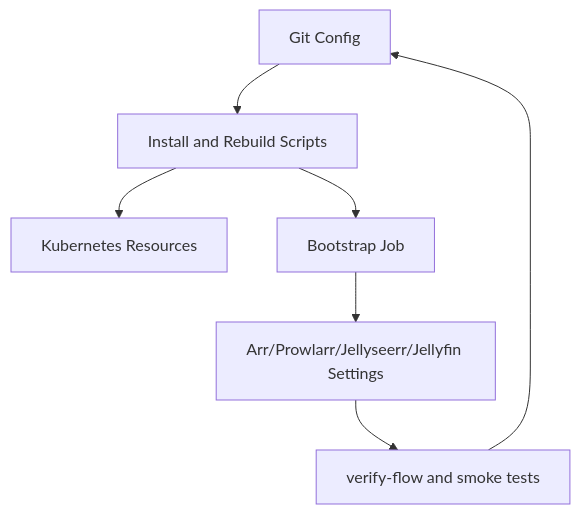
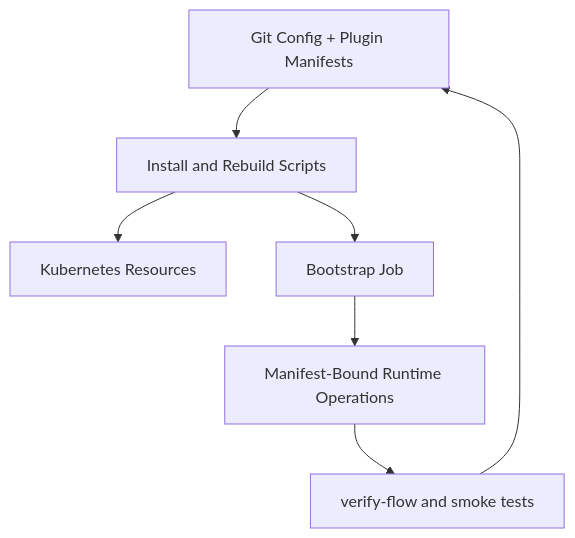
The third of 3 diagrams in docs/architecture.md (mploschiavo/mediaserver), drawn with Mermaid before and after one commit. The commit also changed other lines of this file and 24 other files, not shown here.

Commit message:
docs: formalize manifest-driven pluggable architecture contracts

````diff
--- a/docs/architecture.md
+++ b/docs/architecture.md
@@ -103,9 +122,9 @@
 ```mermaid
 flowchart TD
-  GIT[Git Config] --> INSTALL[Install and Rebuild Scripts]
+  GIT[Git Config + Plugin Manifests] --> INSTALL[Install and Rebuild Scripts]
   INSTALL --> K8S[Kubernetes Resources]
   INSTALL --> BOOT[Bootstrap Job]
-  BOOT --> APPS[Arr/Prowlarr/Jellyseerr/Jellyfin Settings]
+  BOOT --> APPS[Manifest-Bound Runtime Operations]
   APPS --> VERIFY[verify-flow and smoke tests]
   VERIFY --> GIT
 ```
````
